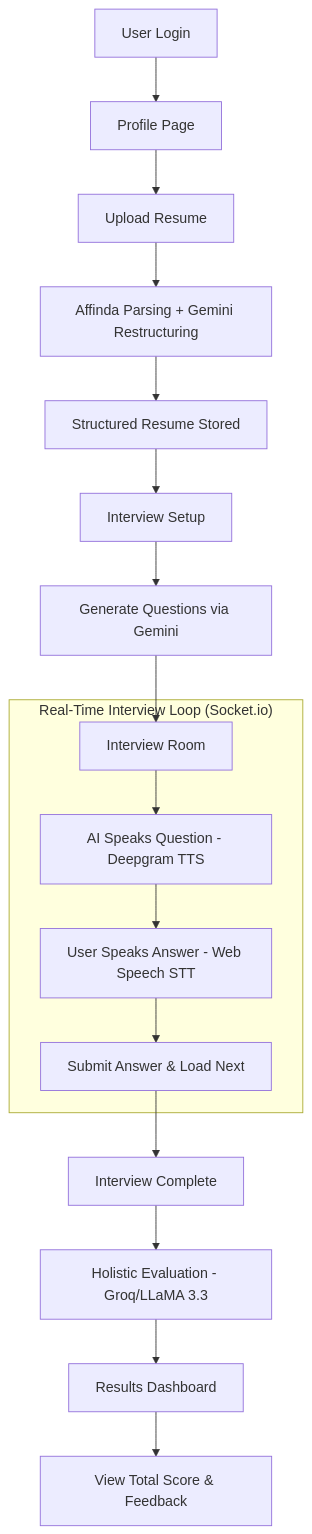
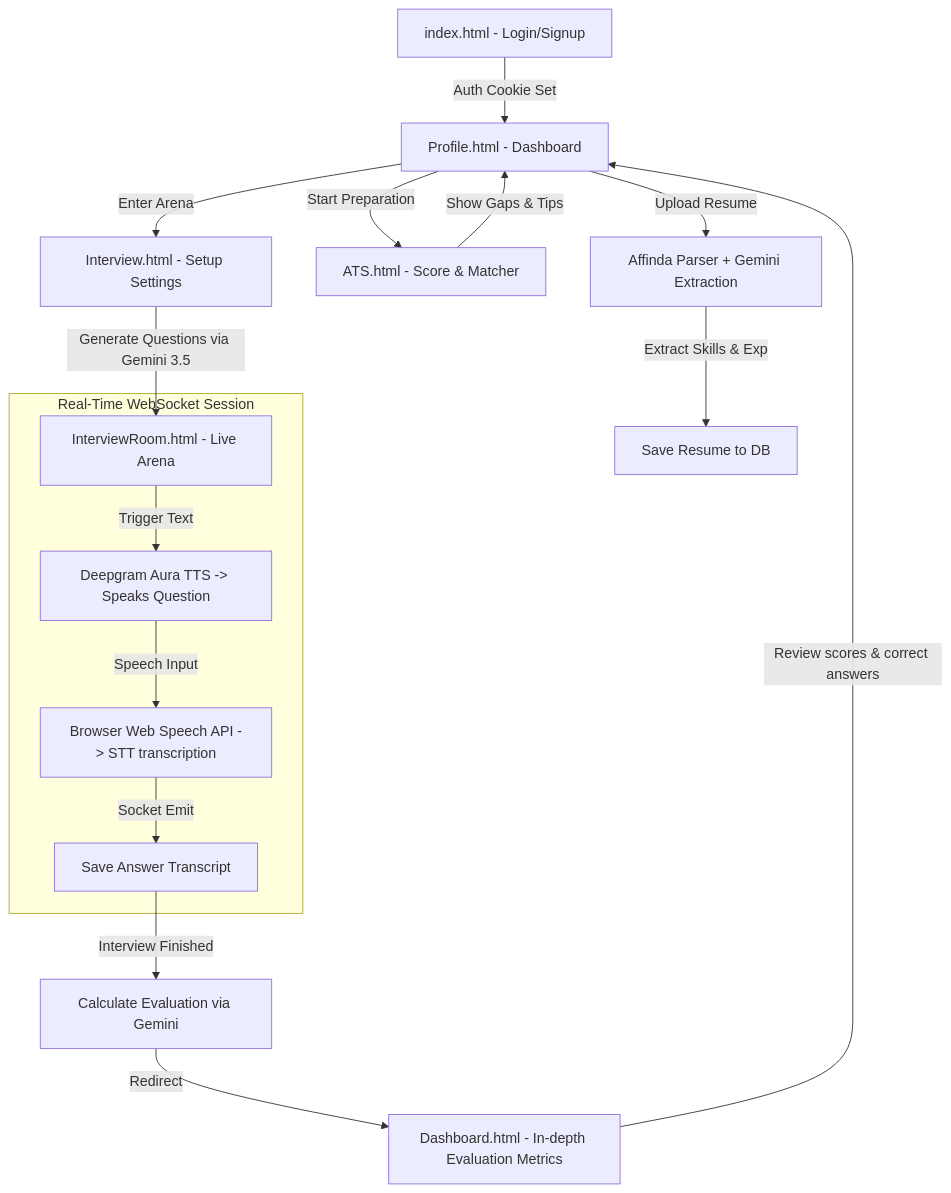
The diagram in readme.md (hemnath-28/InterVue-evaulation), drawn with Mermaid before and after one commit. The commit also changed other lines of this file and 23 other files, not shown here.

````diff
--- a/readme.md
+++ b/readme.md
@@ -105,21 +52,22 @@
 ```mermaid
 graph TD
-    A[User Login] --> B[Profile Page]
-    B --> C[Upload Resume]
-    C --> D[Affinda Parsing + Gemini Restructuring]
-    D --> E[Structured Resume Stored]
-    E --> F[Interview Setup]
-    F --> G[Generate Questions via Gemini]
-    G --> H[Interview Room]
+    A[index.html - Login/Signup] -->|Auth Cookie Set| B[Profile.html - Dashboard]
+    B -->|Upload Resume| C[Affinda Parser + Gemini Extraction]
+    C -->|Extract Skills & Exp| D[Save Resume to DB]
     
-    subgraph "Real-Time Interview Loop (Socket.io)"
-        H --> I[AI Speaks Question - Deepgram TTS]
-        I --> J[User Speaks Answer - Web Speech STT]
-        J --> K[Submit Answer & Load Next]
+    B -->|Start Preparation| E[ATS.html - Score & Matcher]
+    E -->|Show Gaps & Tips| B
+    
+    B -->|Enter Arena| F[Interview.html - Setup Settings]
+    F -->|Generate Questions via Gemini 3.5| G[InterviewRoom.html - Live Arena]
+    
+    subgraph "Real-Time WebSocket Session"
+        G -->|Trigger Text| H[Deepgram Aura TTS -> Speaks Question]
+        H -->|Speech Input| I[Browser Web Speech API -> STT transcription]
+        I -->|Socket Emit| J[Save Answer Transcript]
     end
     
-    K --> L[Interview Complete]
-    L --> M[Holistic Evaluation - Groq/LLaMA 3.3]
-    M --> N[Results Dashboard]
-    N --> O[View Total Score & Feedback]
+    J -->|Interview Finished| K[Calculate Evaluation via Gemini]
+    K -->|Redirect| L[Dashboard.html - In-depth Evaluation Metrics]
+    L -->|Review scores & correct answers| B
 ```
````
